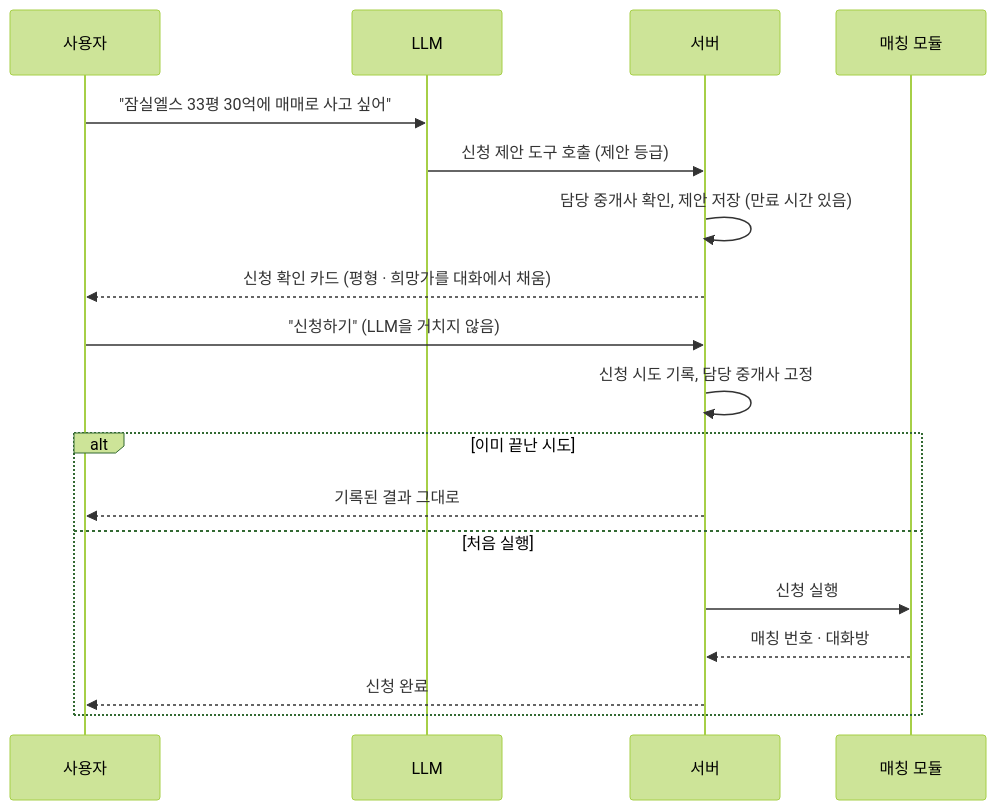
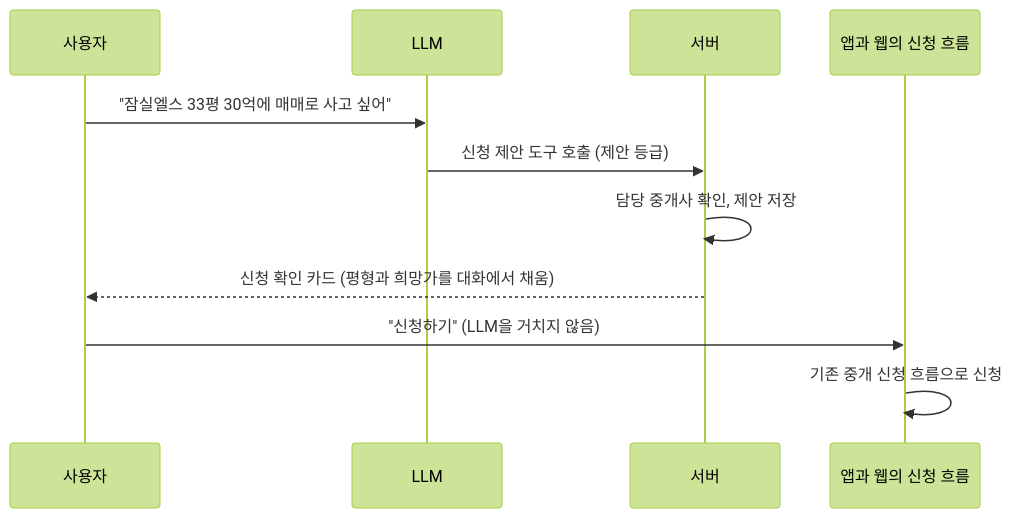
Before and after one commit to 12OneTwo12/12OneTwo12.github.io: the second of 3 diagrams in content/blog/architecture/real-estate-integrated-agent.ko.md, drawn with Mermaid (forest theme). The commit also changed other lines of this file and 1 other file, not shown here.

````diff
--- a/content/blog/architecture/real-estate-integrated-agent.ko.md
+++ b/content/blog/architecture/real-estate-integrated-agent.ko.md
@@ -122,20 +113,13 @@
 ```mermaid
 sequenceDiagram
     participant U as 사용자
     participant A as LLM
     participant S as 서버
-    participant M as 매칭 모듈
+    participant C as 앱과 웹의 신청 흐름
     U->>A: "잠실엘스 33평 30억에 매매로 사고 싶어"
     A->>S: 신청 제안 도구 호출 (제안 등급)
-    S->>S: 담당 중개사 확인, 제안 저장 (만료 시간 있음)
-    S-->>U: 신청 확인 카드 (평형 · 희망가를 대화에서 채움)
-    U->>S: "신청하기" (LLM을 거치지 않음)
-    S->>S: 신청 시도 기록, 담당 중개사 고정
-    alt 이미 끝난 시도
-        S-->>U: 기록된 결과 그대로
-    else 처음 실행
-        S->>M: 신청 실행
-        M-->>S: 매칭 번호 · 대화방
-        S-->>U: 신청 완료
-    end
+    S->>S: 담당 중개사 확인, 제안 저장
+    S-->>U: 신청 확인 카드 (평형과 희망가를 대화에서 채움)
+    U->>C: "신청하기" (LLM을 거치지 않음)
+    C->>C: 기존 중개 신청 흐름으로 신청
 ```
````
